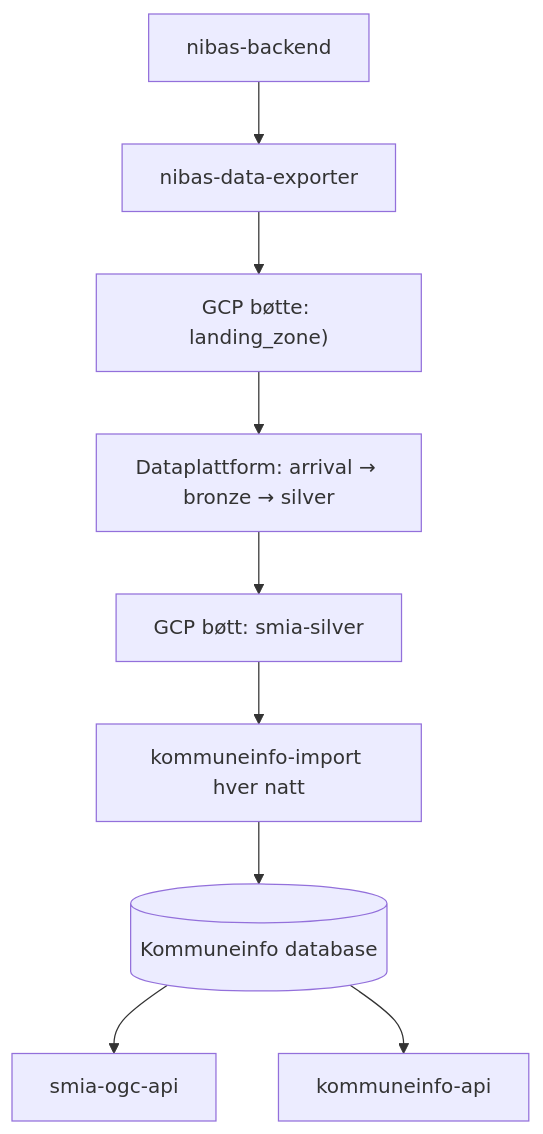
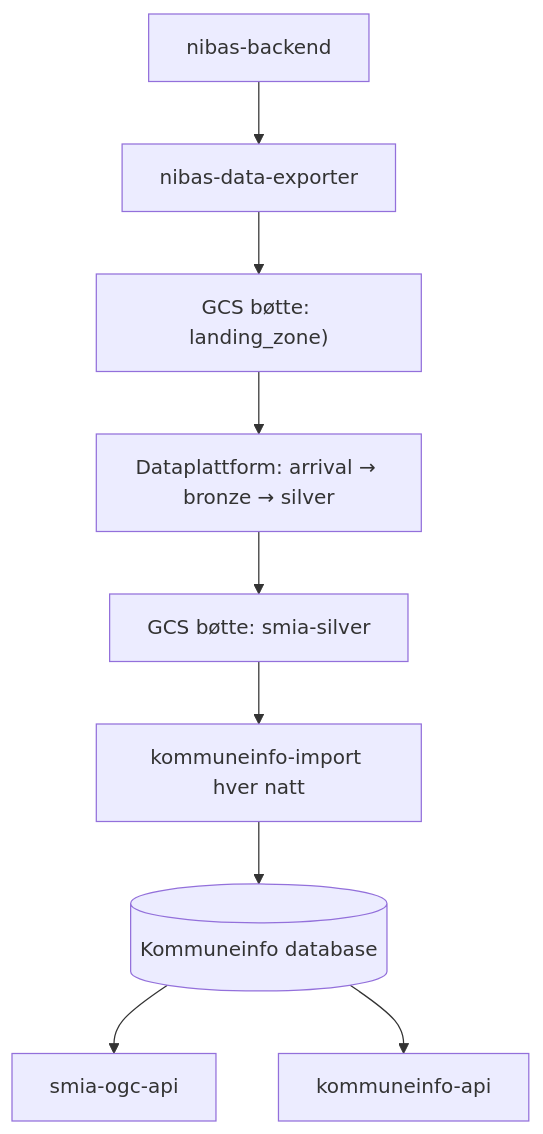
The diagram in docs/dataflyt.md (kartverket/smia-ogc-api), drawn with Mermaid before and after one commit. The commit also changed other lines of this file and 3 other files, not shown here.

````diff
--- a/docs/dataflyt.md
+++ b/docs/dataflyt.md
@@ -7,21 +7,21 @@
 ```mermaid
 flowchart TD
     nibas["nibas-backend"]
     exporter["nibas-data-exporter"]
-    landing["GCP bøtte: landing_zone)"]
+    landing["GCS bøtte: landing_zone)"]
     dp["Dataplattform: arrival → bronze → silver"]
-    silver["GCP bøtt: smia-silver"]
+    silver["GCS bøtte: smia-silver"]
     import["kommuneinfo-import hver natt"]
     db[("Kommuneinfo database")]
     ogc["smia-ogc-api"]
     kommuneinfo["kommuneinfo-api"]
 
     nibas --> exporter
     exporter --> landing
     landing --> dp
     dp --> silver
     silver --> import
     import --> db
     db --> ogc
     db --> kommuneinfo
 ```
````
